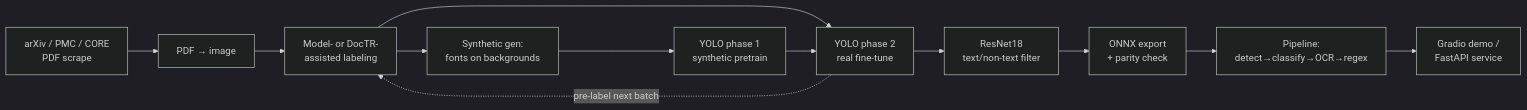
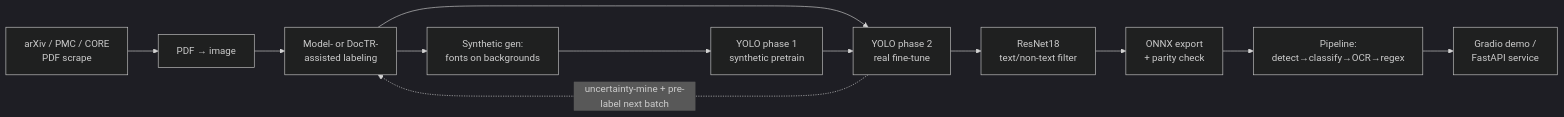
One commit to beimichen/flashmask changed the diagram in README.md. Above: the diagram before and after it, drawn with Mermaid (dark theme). The commit also changed other lines of this file and 7 other files, not shown here.

````diff
--- a/README.md
+++ b/README.md
@@ -51,14 +51,14 @@
 ```mermaid
 flowchart LR
     A[arXiv / PMC / CORE<br/>PDF scrape] --> B[PDF → image]
     B --> C[Model- or DocTR-<br/>assisted labeling]
     C --> D[Synthetic gen:<br/>fonts on backgrounds]
     D --> E[YOLO phase 1<br/>synthetic pretrain]
     C --> F[YOLO phase 2<br/>real fine-tune]
     E --> F
     F --> G[ResNet18<br/>text/non-text filter]
     G --> H[ONNX export<br/>+ parity check]
     H --> I[Pipeline:<br/>detect→classify→OCR→regex]
     I --> J[Gradio demo /<br/>FastAPI service]
-    F -.->|pre-label next batch| C
+    F -.->|uncertainty-mine + pre-label next batch| C
 ```
````
